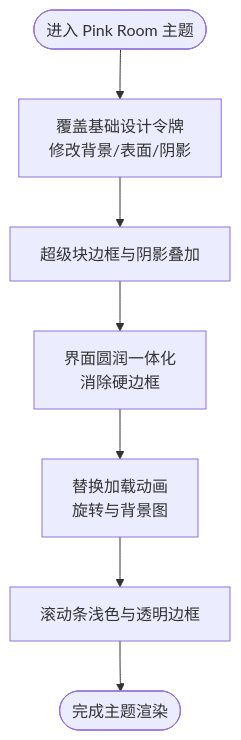
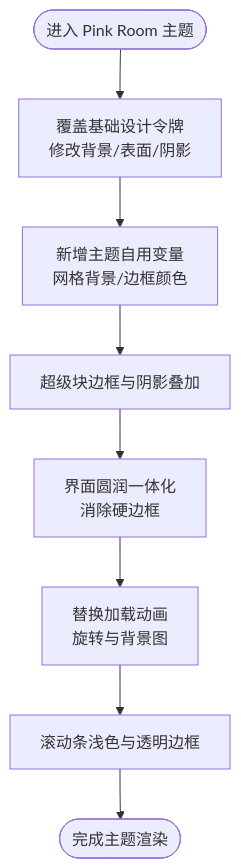
One commit to terwer/siyuan-plugin-blog changed the third of 8 diagrams in .qoder/repowiki/zh/content/核心功能/主题系统/自定义主题开发/主题定制实例.md. Above: the diagram before and after it, drawn with Mermaid. The commit also changed other lines of this file and 6 other files, not shown here.

````diff
--- a/.qoder/repowiki/zh/content/核心功能/主题系统/自定义主题开发/主题定制实例.md
+++ b/.qoder/repowiki/zh/content/核心功能/主题系统/自定义主题开发/主题定制实例.md
@@ -152,9 +176,10 @@
 ```mermaid
 flowchart TD
 Start(["进入 Pink Room 主题"]) --> Root["覆盖基础设计令牌<br/>修改背景/表面/阴影"]
-Root --> Super["超级块边框与阴影叠加"]
+Root --> CustomVars["新增主题自用变量<br/>网格背景/边框颜色"]
+CustomVars --> Super["超级块边框与阴影叠加"]
 Super --> Round["界面圆润一体化<br/>消除硬边框"]
 Round --> Loading["替换加载动画<br/>旋转与背景图"]
 Loading --> Scroll["滚动条浅色与透明边框"]
 Scroll --> End(["完成主题渲染"])
 ```
````
